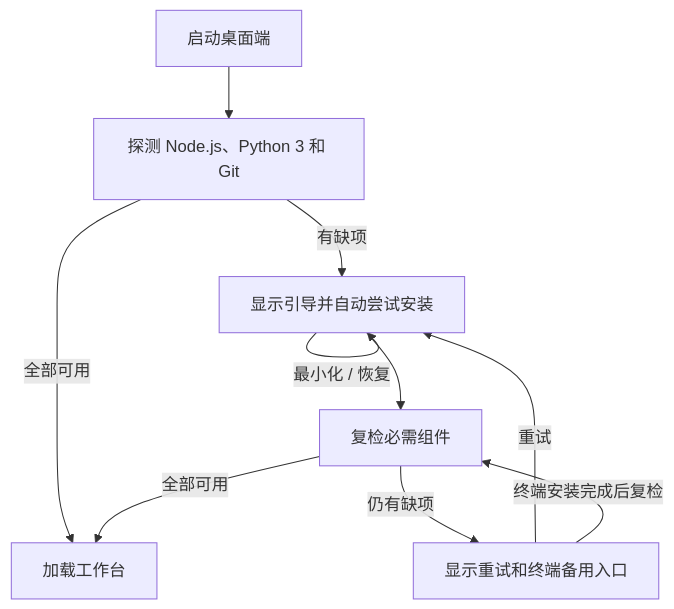
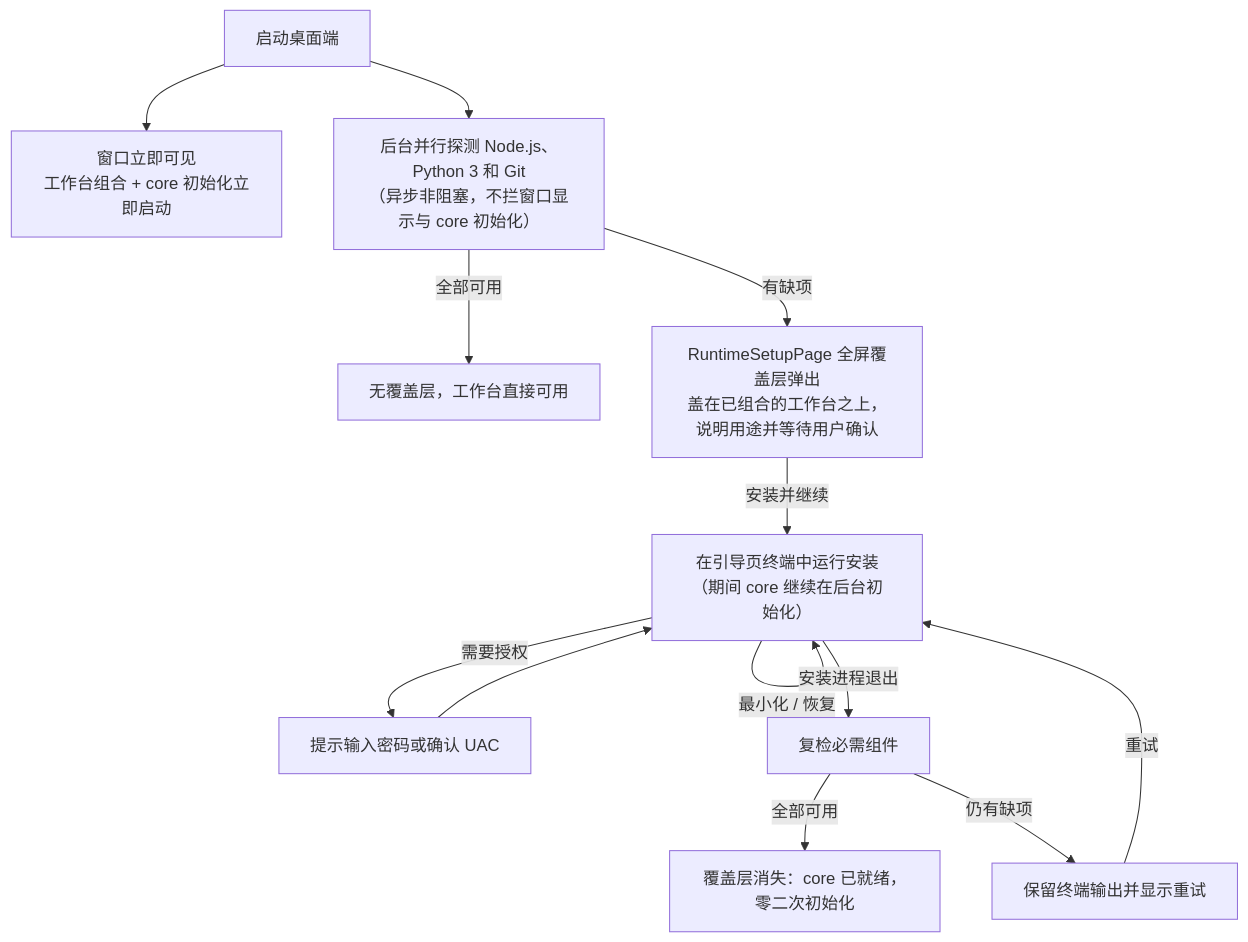
Before and after one commit to lzdev42/mederi: the second of 49 diagrams in docs/architecture/04-flows.md, drawn with Mermaid. The commit also changed other lines of this file and 227 other files, not shown here.

````diff
--- a/docs/architecture/04-flows.md
+++ b/docs/architecture/04-flows.md
@@ -54,12 +54,15 @@
 ```mermaid
 flowchart TD
-    A[启动桌面端] --> B[探测 Node.js、Python 3 和 Git]
-    B -->|全部可用| C[加载工作台]
-    B -->|有缺项| D[显示引导并自动尝试安装]
-    D -->|最小化 / 恢复| D
-    D --> E[复检必需组件]
-    E -->|全部可用| C
-    E -->|仍有缺项| F[显示重试和终端备用入口]
-    F -->|重试| D
-    F -->|终端安装完成后复检| E
+    A[启动桌面端] --> C[窗口立即可见<br/>工作台组合 + core 初始化立即启动]
+    A --> B[后台并行探测 Node.js、Python 3 和 Git<br/>（异步非阻塞，不拦窗口显示与 core 初始化）]
+    B -->|全部可用| R[无覆盖层，工作台直接可用]
+    B -->|有缺项| D[RuntimeSetupPage 全屏覆盖层弹出<br/>盖在已组合的工作台之上，说明用途并等待用户确认]
+    D -->|安装并继续| G[在引导页终端中运行安装<br/>（期间 core 继续在后台初始化）]
+    G -->|最小化 / 恢复| G
+    G -->|需要授权| H[提示输入密码或确认 UAC]
+    H --> G
+    G -->|安装进程退出| E[复检必需组件]
+    E -->|全部可用| X[覆盖层消失：core 已就绪，零二次初始化]
+    E -->|仍有缺项| F[保留终端输出并显示重试]
+    F -->|重试| G
 ```
````
